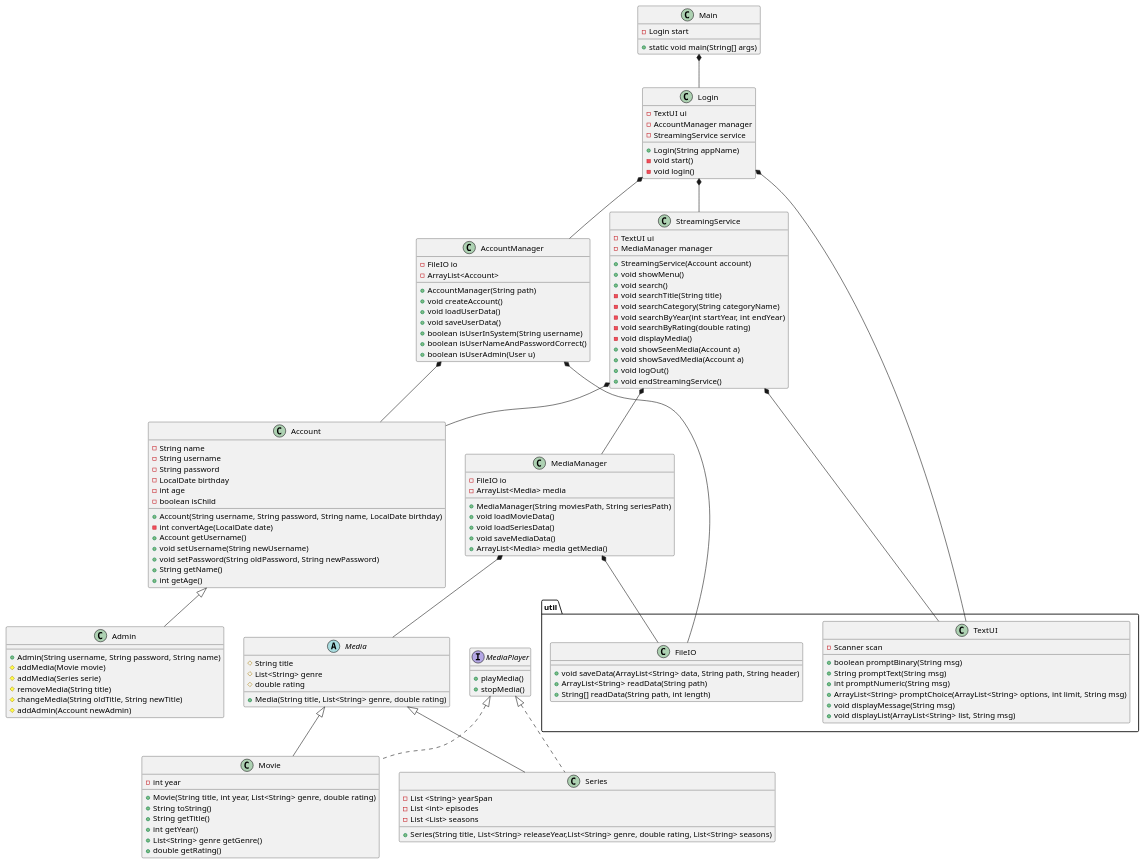
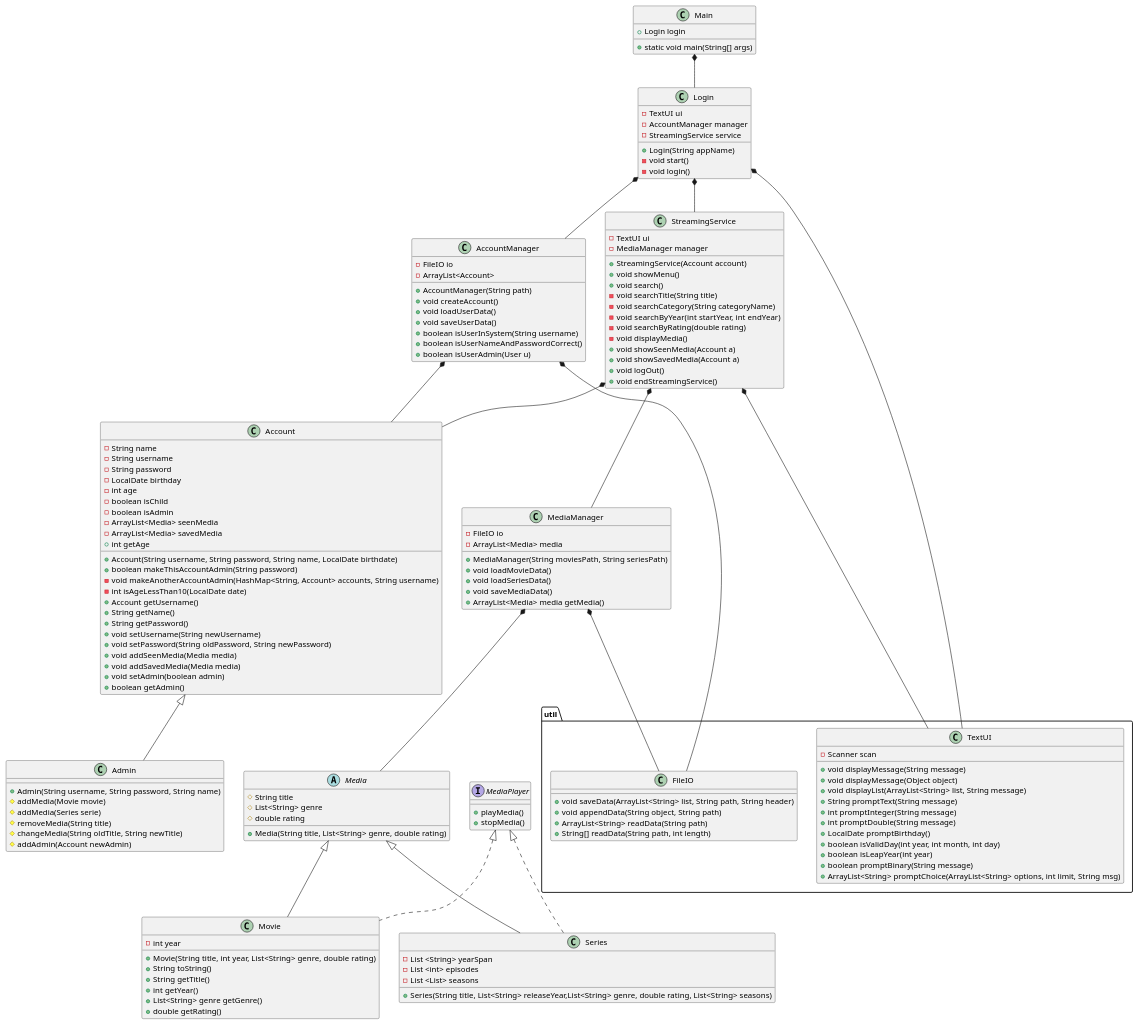
The diagram in doc/Plan/Static/classdiagram_v1.puml (DHangaard/Studypoint3_Dat1_2025), drawn with PlantUML before and after one commit.

Commit message:
classdiagram_v1 prototype

```diff
--- a/doc/Plan/Static/classdiagram_v1.puml
+++ b/doc/Plan/Static/classdiagram_v1.puml
@@ -1,152 +1,168 @@
 @startuml
 
 
 class Admin{
 + Admin(String username, String password, String name)
 # addMedia(Movie movie)
 # addMedia(Series serie)
 # removeMedia(String title)
 # changeMedia(String oldTitle, String newTitle)
 # addAdmin(Account newAdmin)
 }
 
 class StreamingService{
 - TextUI ui
 - MediaManager manager
 + StreamingService(Account account)
 + void showMenu()
 + void search()
 - void searchTitle(String title)
 - void searchCategory(String categoryName)
 - void searchByYear(int startYear, int endYear)
 - void searchByRating(double rating)
 - void displayMedia()
 + void showSeenMedia(Account a)
 + void showSavedMedia(Account a)
 + void logOut()
 + void endStreamingService()
 }
 
 class Main{
-- Login start
- + static void main(String[] args)
++ Login login
++ static void main(String[] args)
 }
 
 class Movie{
 - int year
 + Movie(String title, int year, List<String> genre, double rating)
 + String toString()
 + String getTitle()
 + int getYear()
 + List<String> genre getGenre()
 + double getRating()
 }
 
 class Series{
 - List <String> yearSpan
 - List <int> episodes
 - List <List> seasons
 + Series(String title, List<String> releaseYear,List<String> genre, double rating, List<String> seasons)
 }
 
 class MediaManager {
 - FileIO io
 - ArrayList<Media> media
 + MediaManager(String moviesPath, String seriesPath)
 + void loadMovieData()
 + void loadSeriesData()
 + void saveMediaData()
 + ArrayList<Media> media getMedia()
 }
 
 class Login {
 - TextUI ui
 - AccountManager manager
 - StreamingService service
 + Login(String appName)
 - void start()
 - void login()
 }
 
 Abstract Media{
 # String title
 # List<String> genre
 # double rating
 + Media(String title, List<String> genre, double rating)
 }
 
 class Account{
 - String name
 - String username
 - String password
 - LocalDate birthday
 - int age
 - boolean isChild
-+ Account(String username, String password, String name, LocalDate birthday)
-- int convertAge(LocalDate date)
+- boolean isAdmin
+- ArrayList<Media> seenMedia
+- ArrayList<Media> savedMedia
++ Account(String username, String password, String name, LocalDate birthdate)
++ boolean makeThisAccountAdmin(String password)
+- void makeAnotherAccountAdmin(HashMap<String, Account> accounts, String username)
+- int isAgeLessThan10(LocalDate date)
 + Account getUsername()
++ String getName()
++ int getAge
++ String getPassword()
 + void setUsername(String newUsername)
 + void setPassword(String oldPassword, String newPassword)
-+ String getName()
-+ int getAge()
++ void addSeenMedia(Media media)
++ void addSavedMedia(Media media)
++ void setAdmin(boolean admin)
++ boolean getAdmin()
 }
 
 
 class AccountManager {
 - FileIO io
 - ArrayList<Account>
 + AccountManager(String path)
 + void createAccount()
 + void loadUserData()
 + void saveUserData()
 + boolean isUserInSystem(String username)
 + boolean isUserNameAndPasswordCorrect()
 + boolean isUserAdmin(User u)
 }
 
 package "util" {
     class TextUI {
     - Scanner scan
-    + boolean promptBinary(String msg)
-    + String promptText(String msg)
-    + int promptNumeric(String msg)
+    + void displayMessage(String message)
+    + void displayMessage(Object object)
+    + void displayList(ArrayList<String> list, String message)
+    + String promptText(String message)
+    + int promptInteger(String message)
+    + int promptDouble(String message)
+    + LocalDate promptBirthday()
+    + boolean isValidDay(int year, int month, int day)
+    + boolean isLeapYear(int year)
+    + boolean promptBinary(String message)
     + ArrayList<String> promptChoice(ArrayList<String> options, int limit, String msg)
-    + void displayMessage(String msg)
-    + void displayList(ArrayList<String> list, String msg)
     }
 }
 
 package "util" {
     class FileIO{
-    + void saveData(ArrayList<String> data, String path, String header)
+    + void saveData(ArrayList<String> list, String path, String header)
+    + void appendData(String object, String path)
     + ArrayList<String> readData(String path)
     + String[] readData(String path, int length)
     }
  }
 
 interface MediaPlayer {
 + playMedia()
 + stopMedia()
 }
 
 Main *-- Login
 Login *-- AccountManager
 Login *-- StreamingService
 StreamingService *-- Account
 
 MediaPlayer <|.. Movie
 MediaPlayer <|.. Series
 AccountManager *-- Account
 AccountManager *-- FileIO
 Login *-- TextUI
 StreamingService *-- TextUI
 
 StreamingService *-- MediaManager
 MediaManager *-- FileIO
 MediaManager *-- Media
 Account <|-- Admin
 
 Media <|-- Movie
 Media <|-- Series
 
 @enduml
```
